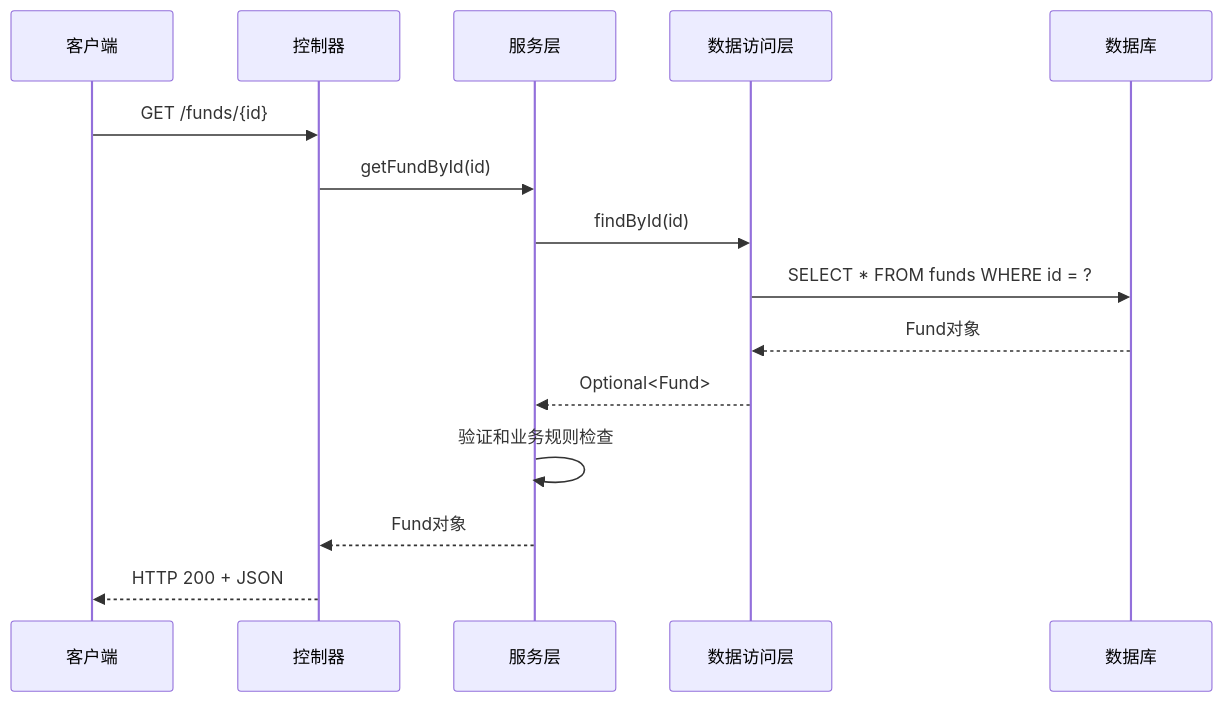
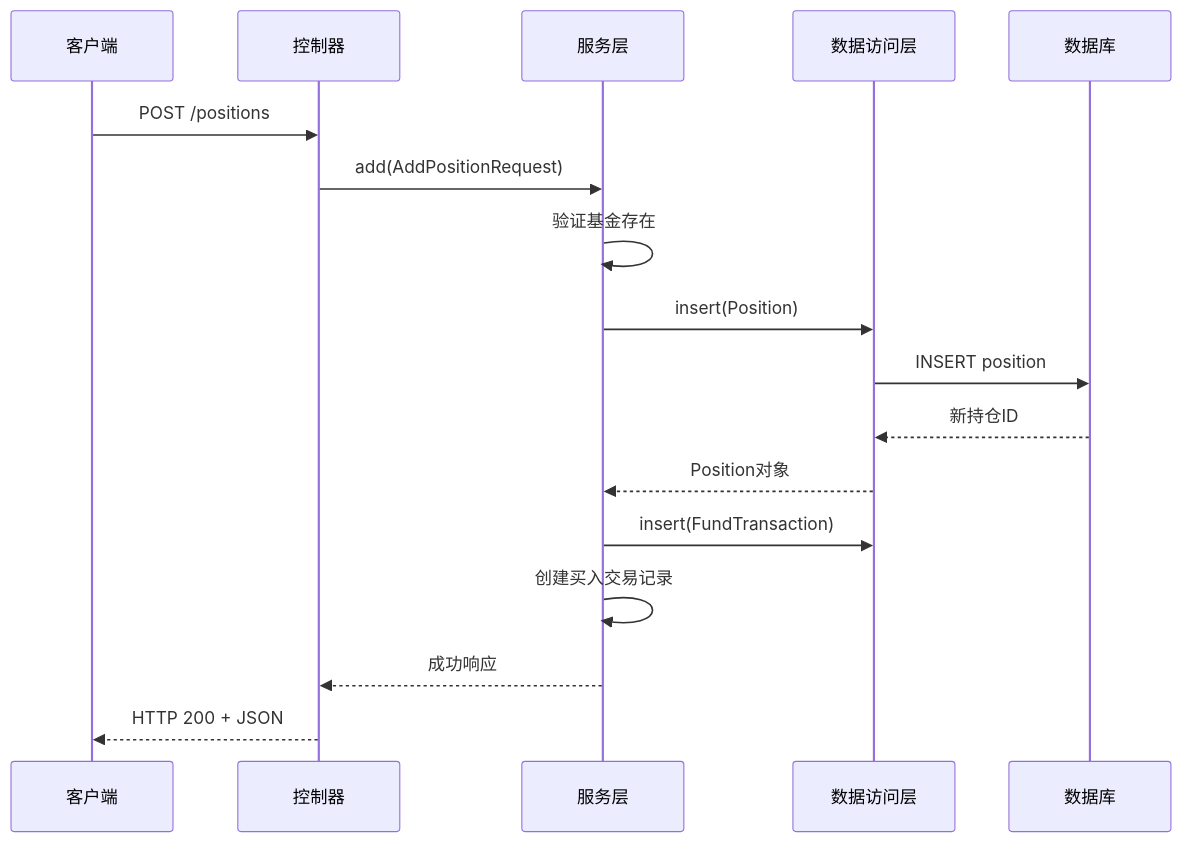
The fifth of 9 diagrams in .qoder/repowiki/zh/content/核心功能开发/数据库集成.md (gree-coder/fund-butler), drawn with Mermaid before and after one commit. The commit also changed other lines of this file and 10 other files, not shown here.

````diff
--- a/.qoder/repowiki/zh/content/核心功能开发/数据库集成.md
+++ b/.qoder/repowiki/zh/content/核心功能开发/数据库集成.md
@@ -246,17 +308,19 @@
 ```mermaid
 sequenceDiagram
 participant Client as 客户端
 participant Controller as 控制器
 participant Service as 服务层
-participant Repository as 数据访问层
+participant Mapper as 数据访问层
 participant DB as 数据库
-Client->>Controller : GET /funds/{id}
-Controller->>Service : getFundById(id)
-Service->>Repository : findById(id)
-Repository->>DB : SELECT * FROM funds WHERE id = ?
-DB-->>Repository : Fund对象
-Repository-->>Service : Optional<Fund>
-Service->>Service : 验证和业务规则检查
-Service-->>Controller : Fund对象
+Client->>Controller : POST /positions
+Controller->>Service : add(AddPositionRequest)
+Service->>Service : 验证基金存在
+Service->>Mapper : insert(Position)
+Mapper->>DB : INSERT position
+DB-->>Mapper : 新持仓ID
+Mapper-->>Service : Position对象
+Service->>Mapper : insert(FundTransaction)
+Service->>Service : 创建买入交易记录
+Service-->>Controller : 成功响应
 Controller-->>Client : HTTP 200 + JSON
 ```
````
